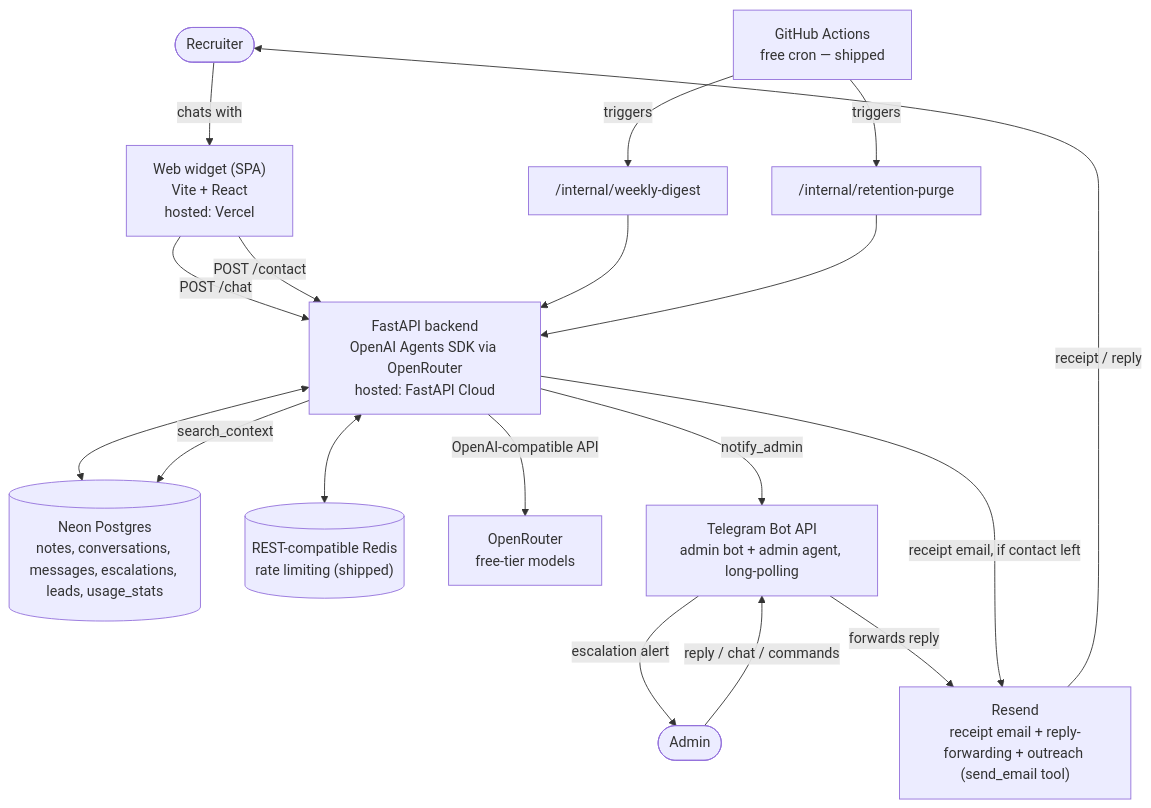
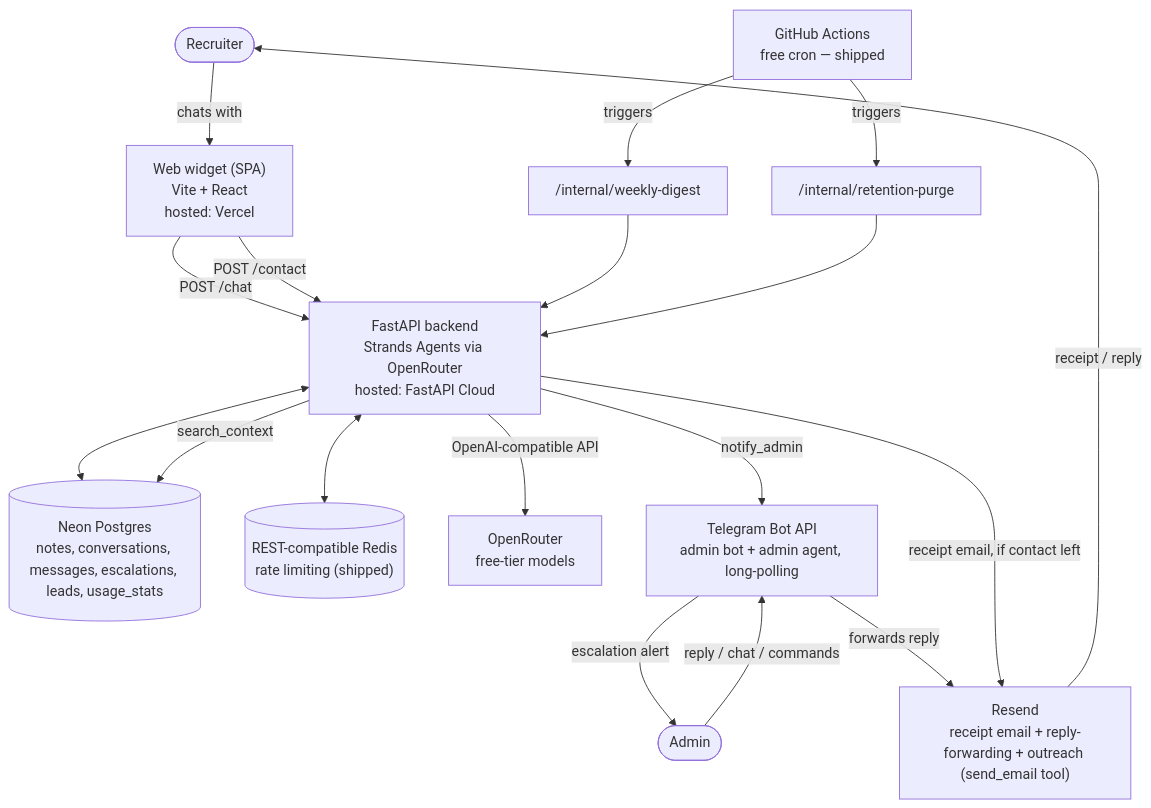
Before and after one commit to Chitresh-code/relay: the first of 2 diagrams in docs/ARCHITECTURE.md, drawn with Mermaid. The commit also changed other lines of this file and 9 other files, not shown here.

Commit message:
chore(agent): migrate agent orchestration from OpenAI Agents SDK to Strands Agents (#20)

````diff
--- a/docs/ARCHITECTURE.md
+++ b/docs/ARCHITECTURE.md
@@ -7,23 +7,23 @@
 ```mermaid
 flowchart TD
     Recruiter([Recruiter]) -->|chats with| Widget["Web widget (SPA)<br/>Vite + React<br/>hosted: Vercel"]
-    Widget -->|POST /chat| Backend["FastAPI backend<br/>OpenAI Agents SDK via OpenRouter<br/>hosted: FastAPI Cloud"]
+    Widget -->|POST /chat| Backend["FastAPI backend<br/>Strands Agents via OpenRouter<br/>hosted: FastAPI Cloud"]
     Widget -->|POST /contact| Backend
 
     Backend <--> DB[("Neon Postgres<br/>notes, conversations, messages, escalations, leads, usage_stats")]
     Backend <--> Redis[("REST-compatible Redis<br/>rate limiting (shipped)")]
     Backend -->|OpenAI-compatible API| OpenRouter["OpenRouter<br/>free-tier models"]
 
     Backend -->|notify_admin| TG["Telegram Bot API<br/>admin bot + admin agent, long-polling"]
     Backend -->|search_context| DB
     TG -->|escalation alert| Admin([Admin])
     Admin -->|reply / chat / commands| TG
     TG -->|forwards reply| Resend["Resend<br/>receipt email + reply-forwarding + outreach (send_email tool)"]
     Backend -->|receipt email, if contact left| Resend
     Resend -->|receipt / reply| Recruiter
 
     Cron["GitHub Actions<br/>free cron — shipped"] -->|triggers| Digest["/internal/weekly-digest"]
     Cron -->|triggers| Purge["/internal/retention-purge"]
     Digest --> Backend
     Purge --> Backend
 ```
````
